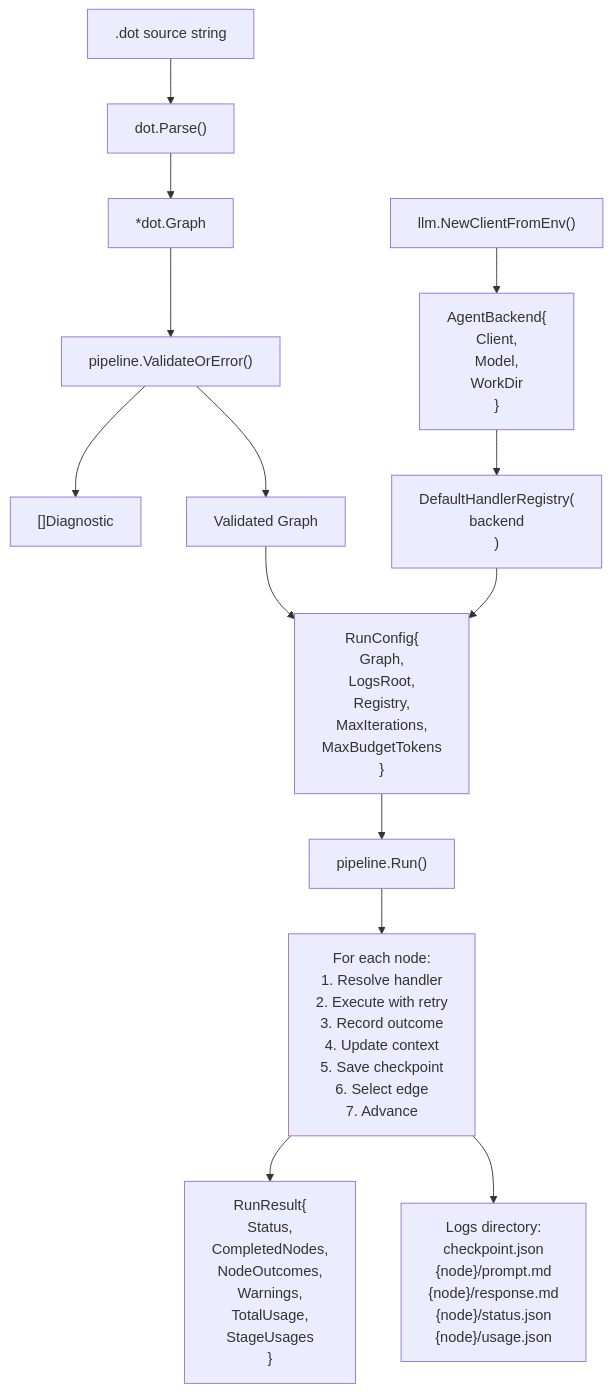
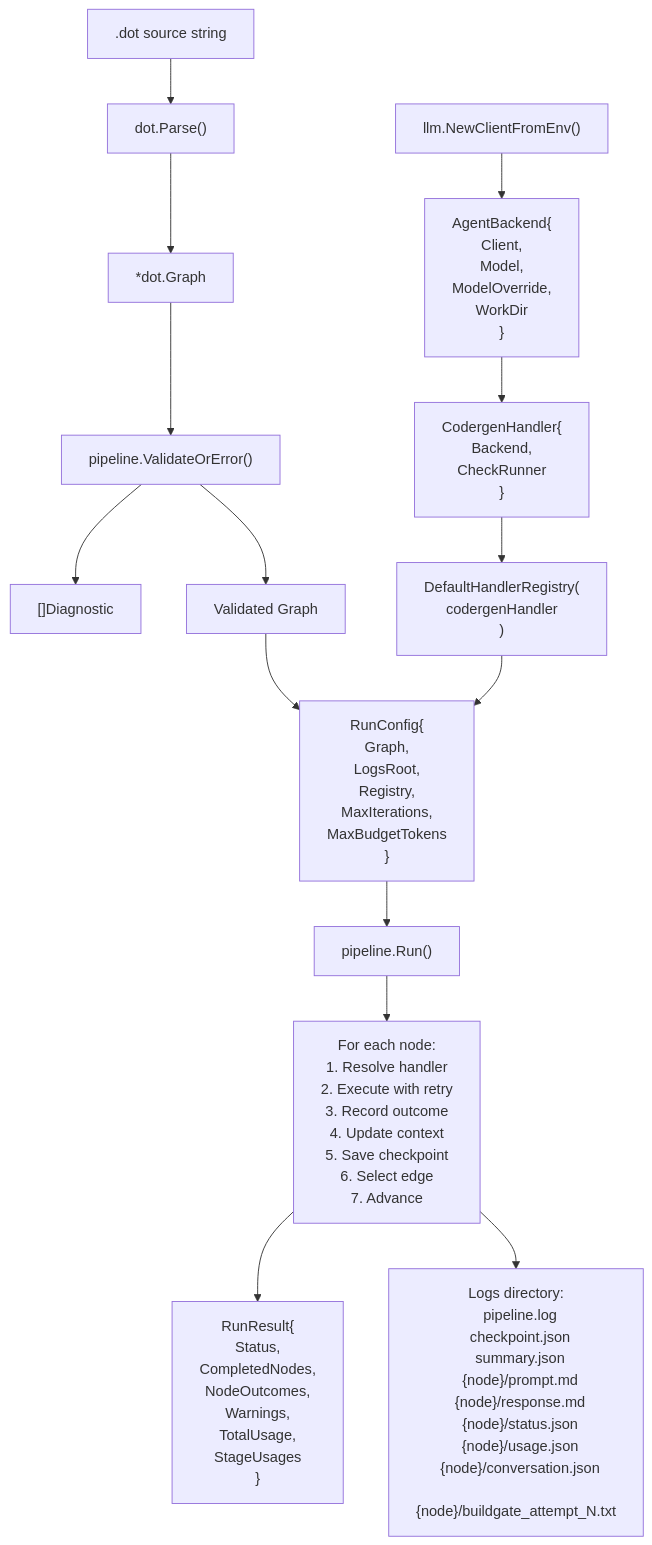
Before and after one commit to campallison/attractor: the tenth of 10 diagrams in docs/architecture.md, drawn with Mermaid. The commit also changed other lines of this file and 8 other files, not shown here.

````diff
--- a/docs/architecture.md
+++ b/docs/architecture.md
@@ -626,22 +684,23 @@
 ```mermaid
 flowchart TD
     DotSource[".dot source string"] --> Parse["dot.Parse()"]
     Parse --> Graph["*dot.Graph"]
     Graph --> Validate["pipeline.ValidateOrError()"]
     Validate --> Diagnostics["[]Diagnostic"]
     Validate --> ValidGraph["Validated Graph"]
 
     ValidGraph --> RunConfig["RunConfig{\n  Graph,\n  LogsRoot,\n  Registry,\n  MaxIterations,\n  MaxBudgetTokens\n}"]
 
-    LLMClient["llm.NewClientFromEnv()"] --> AgentBackend["AgentBackend{\n  Client,\n  Model,\n  WorkDir\n}"]
-    AgentBackend --> Registry["DefaultHandlerRegistry(\n  backend\n)"]
+    LLMClient["llm.NewClientFromEnv()"] --> AgentBackend["AgentBackend{\n  Client,\n  Model,\n  ModelOverride,\n  WorkDir\n}"]
+    AgentBackend --> CodergenH["CodergenHandler{\n  Backend,\n  CheckRunner\n}"]
+    CodergenH --> Registry["DefaultHandlerRegistry(\n  codergenHandler\n)"]
     Registry --> RunConfig
 
     RunConfig --> Run["pipeline.Run()"]
 
     Run --> NodeLoop["For each node:\n1. Resolve handler\n2. Execute with retry\n3. Record outcome\n4. Update context\n5. Save checkpoint\n6. Select edge\n7. Advance"]
 
     NodeLoop --> Result["RunResult{\n  Status,\n  CompletedNodes,\n  NodeOutcomes,\n  Warnings,\n  TotalUsage,\n  StageUsages\n}"]
 
-    NodeLoop --> Artifacts["Logs directory:\n  checkpoint.json\n  {node}/prompt.md\n  {node}/response.md\n  {node}/status.json\n  {node}/usage.json"]
+    NodeLoop --> Artifacts["Logs directory:\n  pipeline.log\n  checkpoint.json\n  summary.json\n  {node}/prompt.md\n  {node}/response.md\n  {node}/status.json\n  {node}/usage.json\n  {node}/conversation.json\n  {node}/buildgate_attempt_N.txt"]
 ```
````
